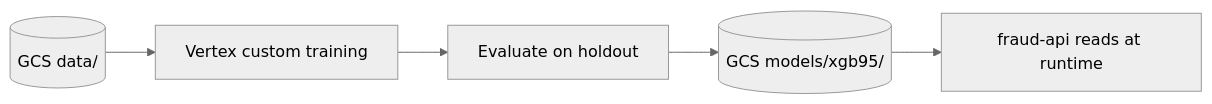
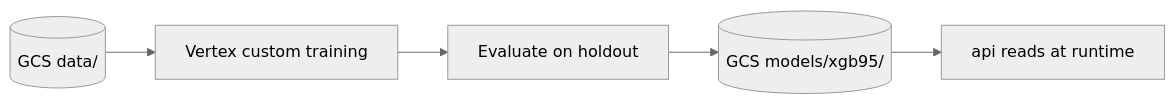
The second of 2 diagrams in docs/architecture.md (prasannahere/fraud-detection-ml-system), drawn with Mermaid (neutral theme) before and after one commit. The commit also changed other lines of this file and 14 other files, not shown here.

````diff
--- a/docs/architecture.md
+++ b/docs/architecture.md
@@ -41,7 +41,7 @@
 ```mermaid
 flowchart LR
     Data[(GCS data/)] --> Vertex[Vertex custom training]
     Vertex --> Eval[Evaluate on holdout]
     Eval --> Artifacts[(GCS models/xgb95/)]
-    Artifacts --> API[fraud-api reads at runtime]
+    Artifacts --> API[api reads at runtime]
 ```
````
